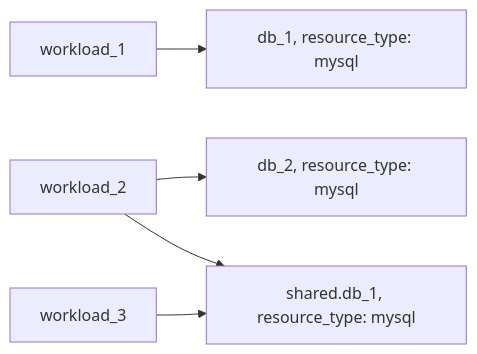
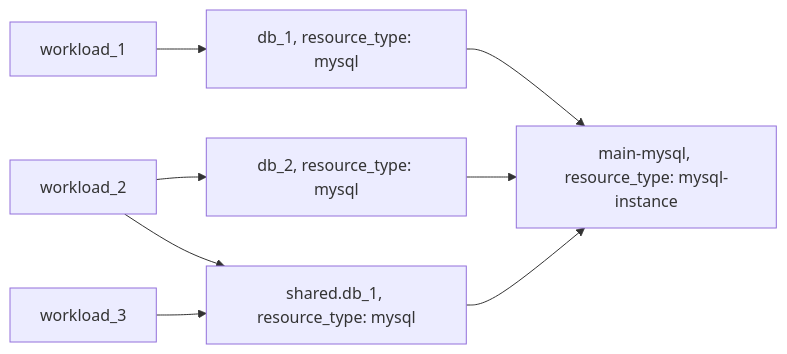
One commit to humanitec-architecture/resource-packs-gcp changed the second of 2 diagrams in examples/mysql/README.md. Above: the diagram before and after it, drawn with Mermaid. The commit also changed other lines of this file and 41 other files, not shown here.

````diff
--- a/examples/mysql/README.md
+++ b/examples/mysql/README.md
@@ -37,7 +43,10 @@
 ```mermaid
 graph LR;
-  workload_1 --> db_1["db_1, resource_type: mysql"]
-  workload_2 --> db_2["db_2, resource_type: mysql"]
-  workload_2 --> shared.db_1["shared.db_1, resource_type: mysql"]
-  workload_3 --> shared.db_1["shared.db_1, resource_type: mysql"]  
+    workload_1 --> db_1["db_1, resource_type: mysql"]
+    workload_2 --> db_2["db_2, resource_type: mysql"]
+    workload_2 --> shared.db_1["shared.db_1, resource_type: mysql"]
+    workload_3 --> shared.db_1["shared.db_1, resource_type: mysql"]
+    db_1 --> server["main-mysql, resource_type: mysql-instance"]
+    db_2 --> server
+    shared.db_1 --> server
 ```
````
